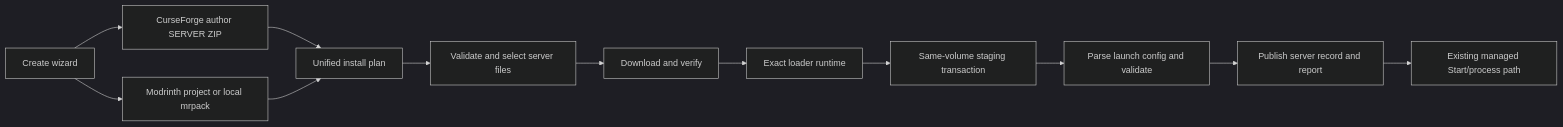
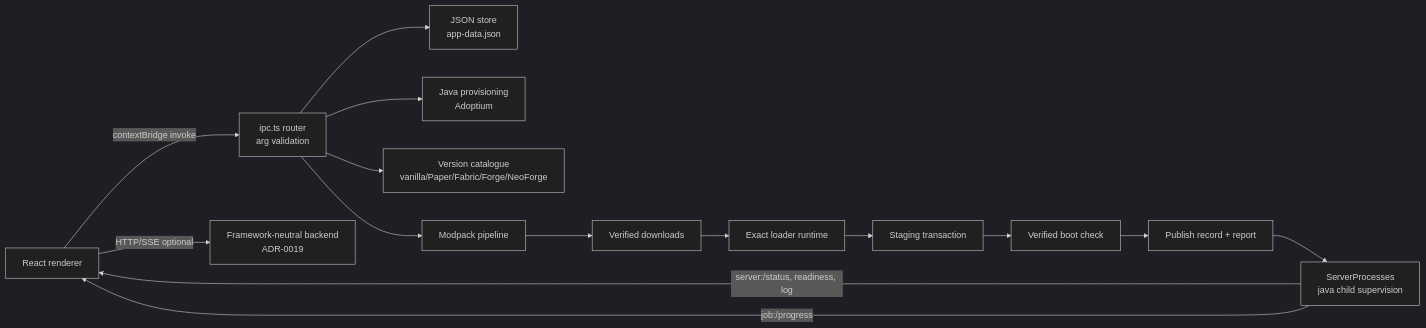
One commit to tuanvu17112003/block-server-manager changed the diagram in docs/architecture/overview.md. Above: the diagram before and after it, drawn with Mermaid (dark theme). The commit also changed other lines of this file and 42 other files, not shown here.

````diff
--- a/docs/architecture/overview.md
+++ b/docs/architecture/overview.md
@@ -5,14 +9,17 @@
 ```mermaid
 flowchart LR
-  UI[Create wizard] --> CF[CurseForge author SERVER ZIP]
-  UI --> MR[Modrinth project or local mrpack]
-  CF --> PLAN[Unified install plan]
-  MR --> PLAN
-  PLAN --> POLICY[Validate and select server files]
-  POLICY --> DOWNLOAD[Download and verify]
-  DOWNLOAD --> LOADER[Exact loader runtime]
-  LOADER --> STAGE[Same-volume staging transaction]
-  STAGE --> LAUNCH[Parse launch config and validate]
-  LAUNCH --> PUBLISH[Publish server record and report]
-  PUBLISH --> START[Existing managed Start/process path]
+  UI[React renderer] -->|contextBridge invoke| IPC[ipc.ts router<br/>arg validation]
+  UI -->|HTTP/SSE optional| API[Framework-neutral backend<br/>ADR-0019]
+  IPC --> STORE[JSON store<br/>app-data.json]
+  IPC --> JAVA[Java provisioning<br/>Adoptium]
+  IPC --> VER[Version catalogue<br/>vanilla/Paper/Fabric/Forge/NeoForge]
+  IPC --> PIPE[Modpack pipeline]
+  PIPE --> DL[Verified downloads]
+  DL --> LOADER[Exact loader runtime]
+  LOADER --> STAGE[Staging transaction]
+  STAGE --> BOOT[Verified boot check]
+  BOOT --> PUBLISH[Publish record + report]
+  PUBLISH --> PROC[ServerProcesses<br/>java child supervision]
+  PROC -->|server:/status, readiness, log| UI
+  PROC -->|job:/progress| UI
 ```
````
